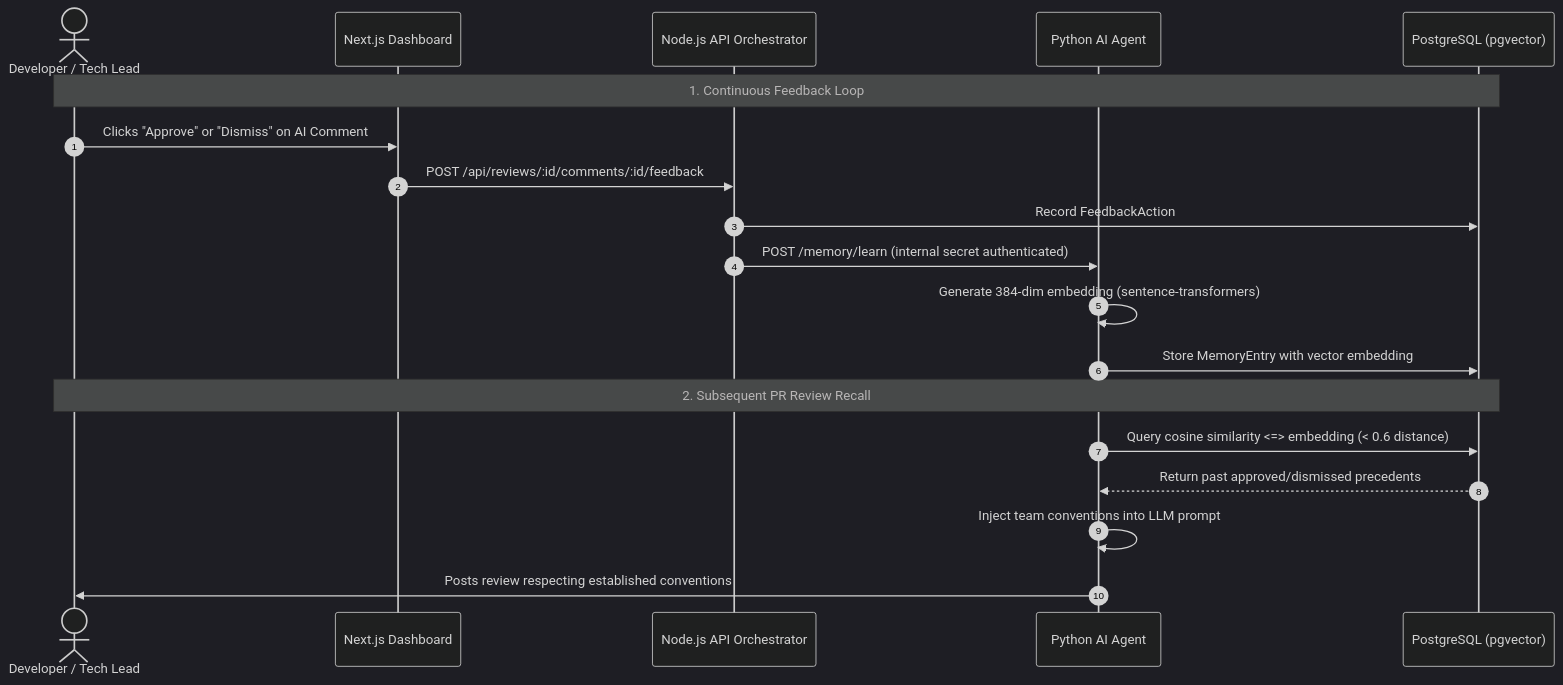
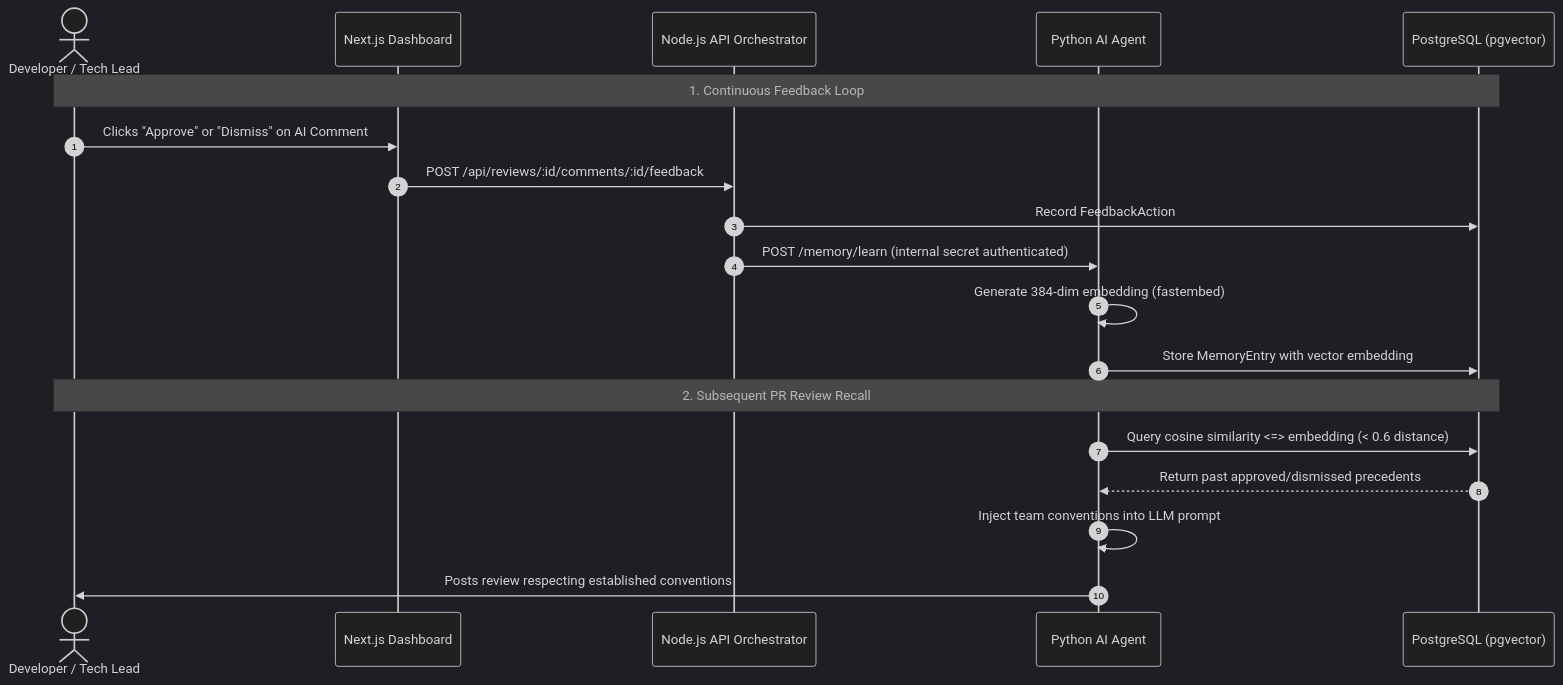
Before and after one commit to yamin-H/ai-pr-reviewer-yamin: the second of 2 diagrams in README.md, drawn with Mermaid (dark theme). The commit also changed other lines of this file and 81 other files, not shown here.

````diff
--- a/README.md
+++ b/README.md
@@ -96,23 +96,23 @@
 ```mermaid
 sequenceDiagram
     autonumber
     actor Dev as Developer / Tech Lead
     participant Dashboard as Next.js Dashboard
     participant API as Node.js API Orchestrator
     participant Agent as Python AI Agent
     participant DB as PostgreSQL (pgvector)
 
     Note over Dev,DB: 1. Continuous Feedback Loop
     Dev->>Dashboard: Clicks "Approve" or "Dismiss" on AI Comment
     Dashboard->>API: POST /api/reviews/:id/comments/:id/feedback
     API->>DB: Record FeedbackAction
     API->>Agent: POST /memory/learn (internal secret authenticated)
-    Agent->>Agent: Generate 384-dim embedding (sentence-transformers)
+    Agent->>Agent: Generate 384-dim embedding (fastembed)
     Agent->>DB: Store MemoryEntry with vector embedding
 
     Note over Dev,DB: 2. Subsequent PR Review Recall
     Agent->>DB: Query cosine similarity <=> embedding (< 0.6 distance)
     DB-->>Agent: Return past approved/dismissed precedents
     Agent->>Agent: Inject team conventions into LLM prompt
     Agent->>Dev: Posts review respecting established conventions
 ```
````
